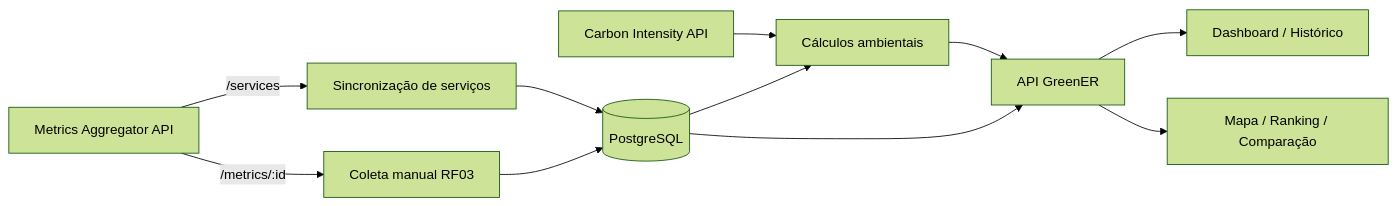
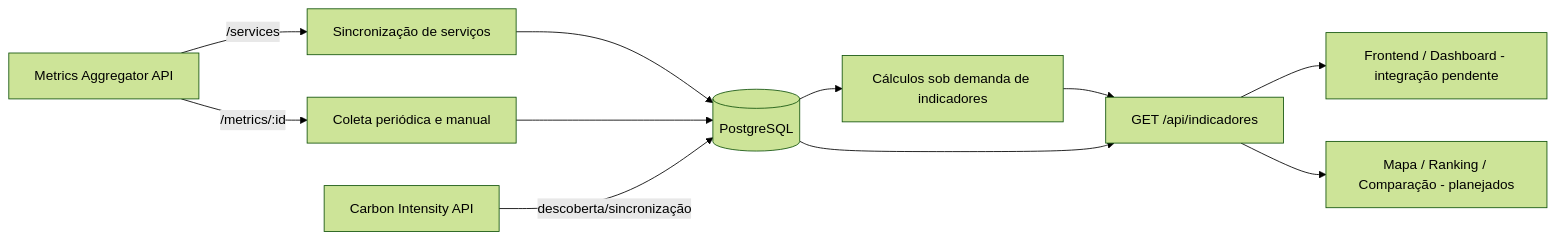
One commit to let-zapplin/GreenER changed the second of 3 diagrams in docs/arquitetura.md. Above: the diagram before and after it, drawn with Mermaid (forest theme). The commit also changed other lines of this file and 5 other files, not shown here.

````diff
--- a/docs/arquitetura.md
+++ b/docs/arquitetura.md
@@ -41,17 +37,17 @@
 ```mermaid
 flowchart LR
     M[Metrics Aggregator API] -->|/services| S[Sincronização de serviços]
-    M -->|/metrics/:id| C[Coleta manual RF03]
+    M -->|/metrics/:id| C[Coleta periódica e manual]
 
     S --> DB[(PostgreSQL)]
     C --> DB
 
-    CI[Carbon Intensity API] --> CALC[Cálculos ambientais]
-    DB --> CALC
+    CI[Carbon Intensity API] -->|descoberta/sincronização| DB
+    DB --> CALC[Cálculos sob demanda de indicadores]
 
-    CALC --> API[API GreenER]
+    CALC --> API[GET /api/indicadores]
     DB --> API
 
-    API --> DASH[Dashboard / Histórico]
-    API --> ANA[Mapa / Ranking / Comparação]
+    API --> DASH[Frontend / Dashboard - integração pendente]
+    API --> ANA[Mapa / Ranking / Comparação - planejados]
 ```
````
